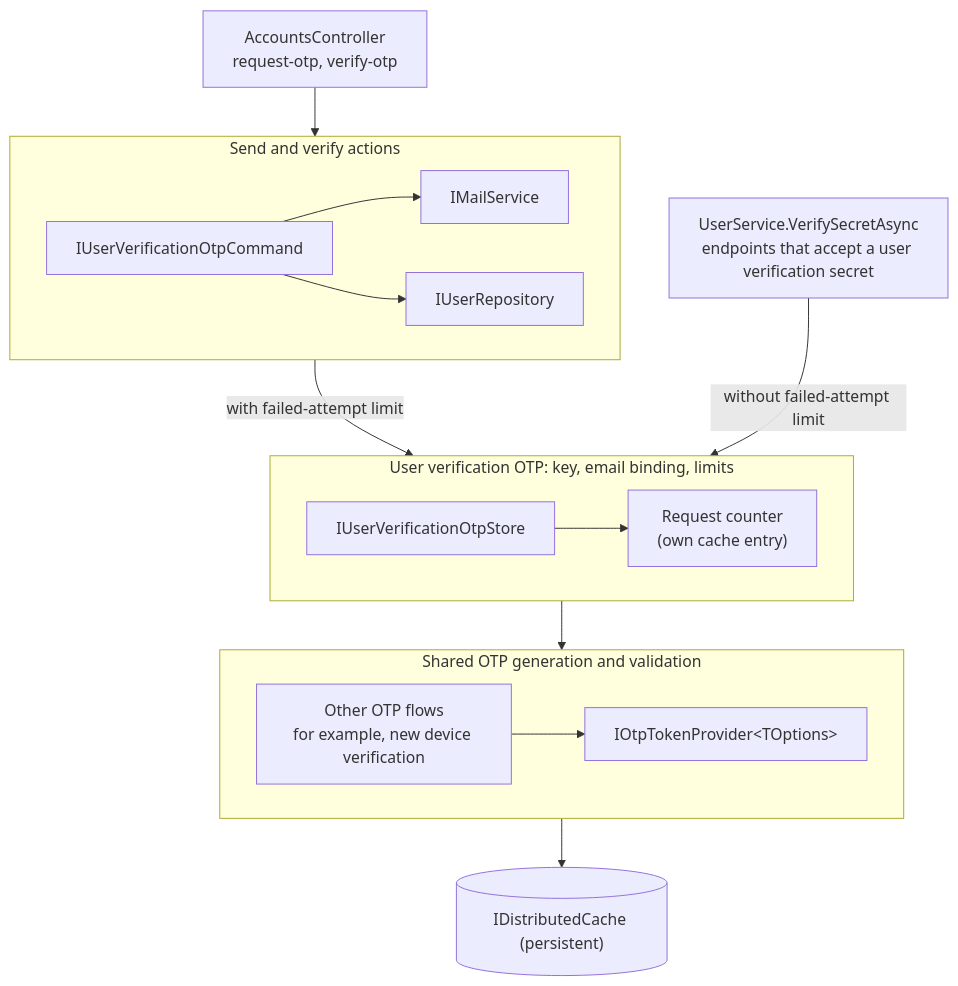
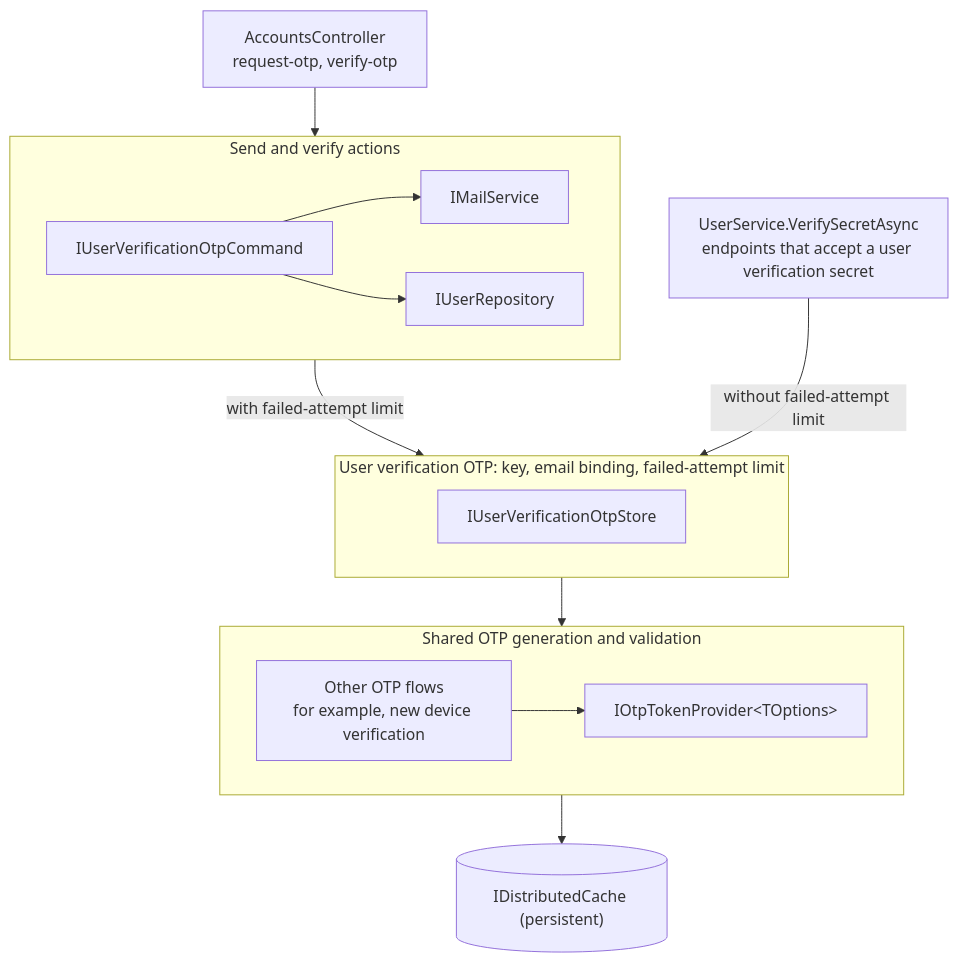
Before and after one commit to bitwarden/server: the diagram in src/Core/Auth/UserFeatures/UserVerification/readme.md, drawn with Mermaid. The commit also changed other lines of this file and 9 other files, not shown here.

Commit message:
PM-44310 - Remove the user verification OTP request limit

````diff
--- a/src/Core/Auth/UserFeatures/UserVerification/readme.md
+++ b/src/Core/Auth/UserFeatures/UserVerification/readme.md
@@ -23,29 +23,28 @@
 ```mermaid
 flowchart TB
     Controller["AccountsController<br/>request-otp, verify-otp"]
     VerifySecret["UserService.VerifySecretAsync<br/>endpoints that accept a user verification secret"]
 
     subgraph Actions["Send and verify actions"]
         direction LR
         Command["IUserVerificationOtpCommand"] --> Mail["IMailService"]
         Command --> UserRepository["IUserRepository"]
     end
 
-    subgraph Policy["User verification OTP: key, email binding, limits"]
-        direction LR
-        Store["IUserVerificationOtpStore"] --> Counter["Request counter<br/>(own cache entry)"]
+    subgraph Policy["User verification OTP: key, email binding, failed-attempt limit"]
+        Store["IUserVerificationOtpStore"]
     end
 
     subgraph Shared["Shared OTP generation and validation"]
         direction LR
         OtherFlows["Other OTP flows<br/>for example, new device verification"] --> Provider["IOtpTokenProvider#lt;TOptions#gt;"]
     end
 
     Cache[("IDistributedCache (persistent)")]
 
     Controller --> Actions
     Actions -->|"with failed-attempt limit"| Policy
     VerifySecret -->|"without failed-attempt limit"| Policy
     Policy --> Shared
     Shared --> Cache
 ```
````
